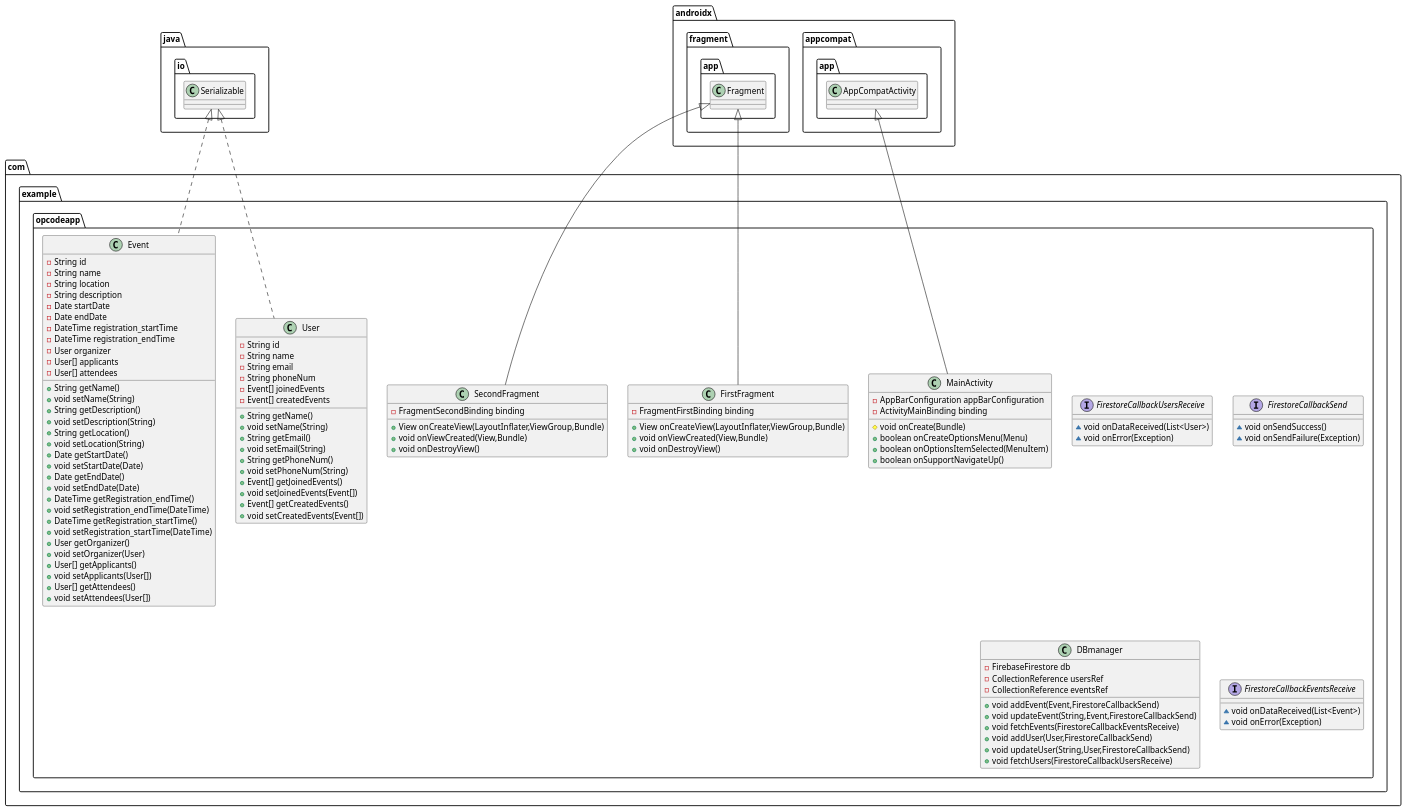
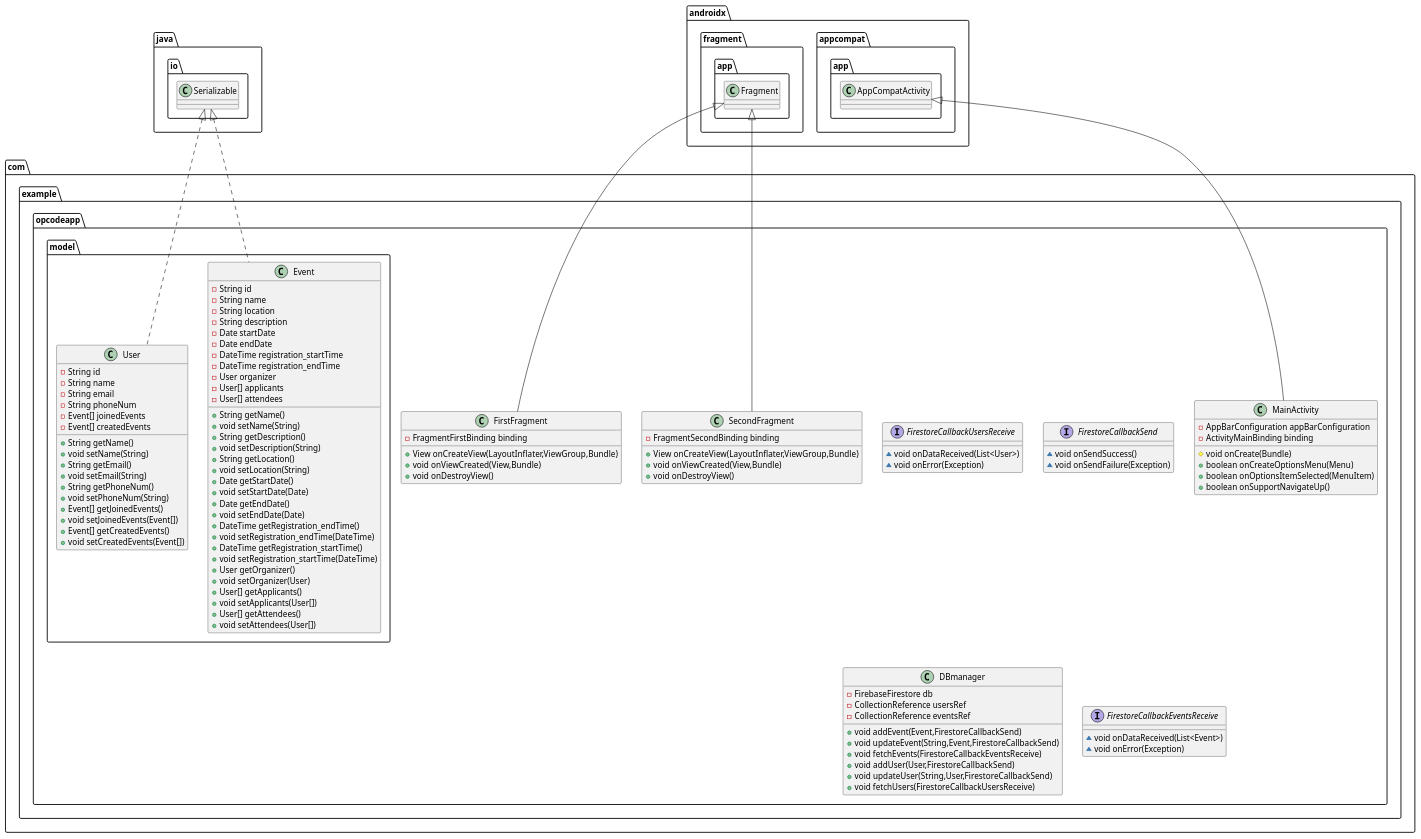
The diagram in code/DBuml.puml (cshah25/opcode), drawn with PlantUML before and after one commit. The commit also changed 39 other files, not shown here.

```diff
--- a/code/DBuml.puml
+++ b/code/DBuml.puml
@@ -1,118 +1,118 @@
 @startuml
-class com.example.opcodeapp.Event {
+class com.example.opcodeapp.model.Event {
 - String id
 - String name
 - String location
 - String description
 - Date startDate
 - Date endDate
 - DateTime registration_startTime
 - DateTime registration_endTime
 - User organizer
 - User[] applicants
 - User[] attendees
 + String getName()
 + void setName(String)
 + String getDescription()
 + void setDescription(String)
 + String getLocation()
 + void setLocation(String)
 + Date getStartDate()
 + void setStartDate(Date)
 + Date getEndDate()
 + void setEndDate(Date)
 + DateTime getRegistration_endTime()
 + void setRegistration_endTime(DateTime)
 + DateTime getRegistration_startTime()
 + void setRegistration_startTime(DateTime)
 + User getOrganizer()
 + void setOrganizer(User)
 + User[] getApplicants()
 + void setApplicants(User[])
 + User[] getAttendees()
 + void setAttendees(User[])
 }
 
 
 class com.example.opcodeapp.MainActivity {
 - AppBarConfiguration appBarConfiguration
 - ActivityMainBinding binding
 # void onCreate(Bundle)
 + boolean onCreateOptionsMenu(Menu)
 + boolean onOptionsItemSelected(MenuItem)
 + boolean onSupportNavigateUp()
 }
 
 
-class com.example.opcodeapp.User {
+class com.example.opcodeapp.model.User {
 - String id
 - String name
 - String email
 - String phoneNum
 - Event[] joinedEvents
 - Event[] createdEvents
 + String getName()
 + void setName(String)
 + String getEmail()
 + void setEmail(String)
 + String getPhoneNum()
 + void setPhoneNum(String)
 + Event[] getJoinedEvents()
 + void setJoinedEvents(Event[])
 + Event[] getCreatedEvents()
 + void setCreatedEvents(Event[])
 }
 
 
 class com.example.opcodeapp.SecondFragment {
 - FragmentSecondBinding binding
 + View onCreateView(LayoutInflater,ViewGroup,Bundle)
 + void onViewCreated(View,Bundle)
 + void onDestroyView()
 }
 
 
 interface com.example.opcodeapp.FirestoreCallbackUsersReceive {
 ~ void onDataReceived(List<User>)
 ~ void onError(Exception)
 }
 
 interface com.example.opcodeapp.FirestoreCallbackSend {
 ~ void onSendSuccess()
 ~ void onSendFailure(Exception)
 }
 
 class com.example.opcodeapp.DBmanager {
 - FirebaseFirestore db
 - CollectionReference usersRef
 - CollectionReference eventsRef
 + void addEvent(Event,FirestoreCallbackSend)
 + void updateEvent(String,Event,FirestoreCallbackSend)
 + void fetchEvents(FirestoreCallbackEventsReceive)
 + void addUser(User,FirestoreCallbackSend)
 + void updateUser(String,User,FirestoreCallbackSend)
 + void fetchUsers(FirestoreCallbackUsersReceive)
 }
 
 
 interface com.example.opcodeapp.FirestoreCallbackEventsReceive {
 ~ void onDataReceived(List<Event>)
 ~ void onError(Exception)
 }
 
 class com.example.opcodeapp.FirstFragment {
 - FragmentFirstBinding binding
 + View onCreateView(LayoutInflater,ViewGroup,Bundle)
 + void onViewCreated(View,Bundle)
 + void onDestroyView()
 }
 
 
 
 
-java.io.Serializable <|.. com.example.opcodeapp.Event
+java.io.Serializable <|.. com.example.opcodeapp.model.Event
 androidx.appcompat.app.AppCompatActivity <|-- com.example.opcodeapp.MainActivity
-java.io.Serializable <|.. com.example.opcodeapp.User
+java.io.Serializable <|.. com.example.opcodeapp.model.User
 androidx.fragment.app.Fragment <|-- com.example.opcodeapp.SecondFragment
 androidx.fragment.app.Fragment <|-- com.example.opcodeapp.FirstFragment
 @enduml
```
